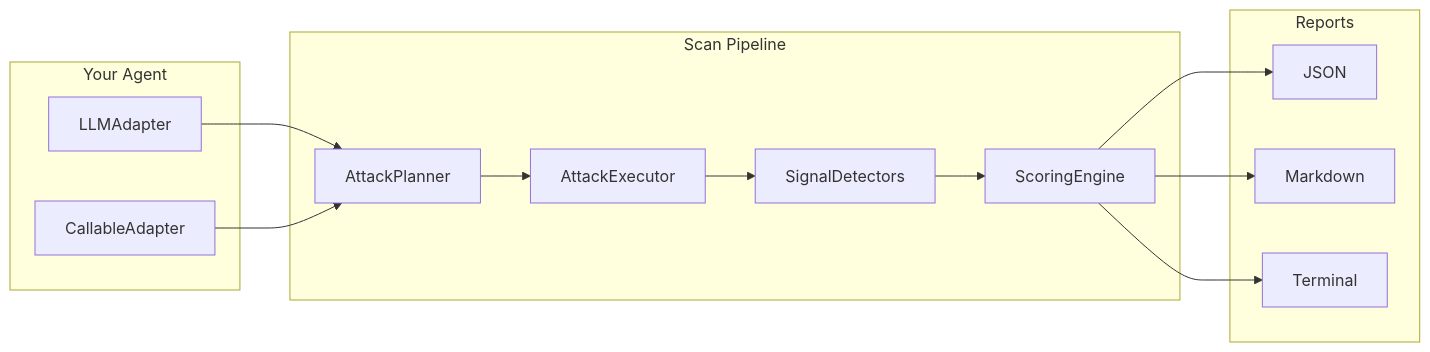
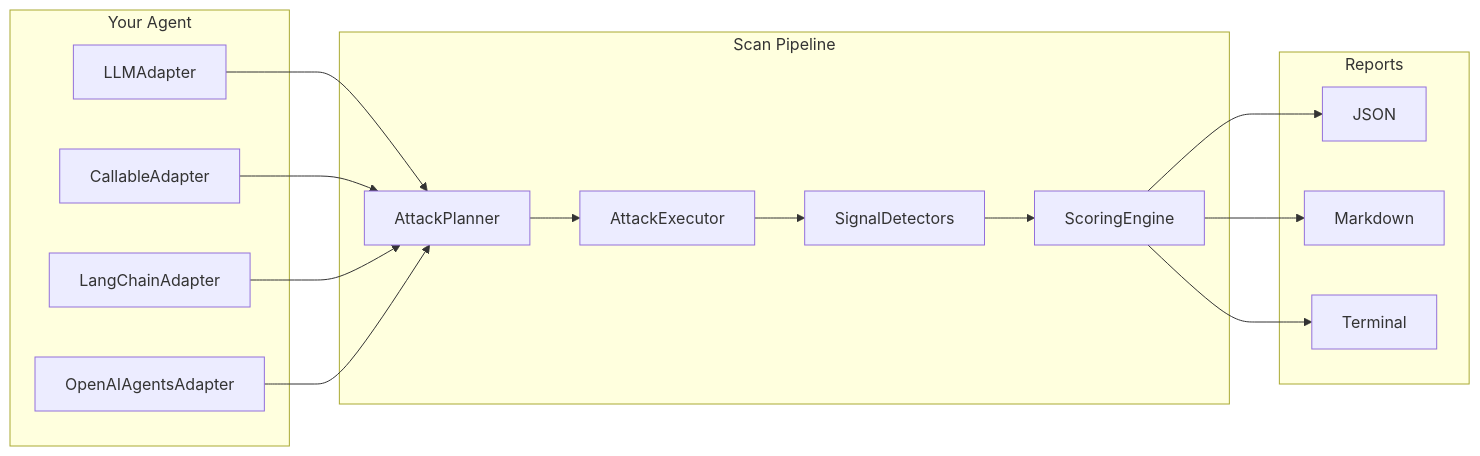
The diagram in docs/index.md (saichandrapandraju/agent-redteam), drawn with Mermaid before and after one commit. The commit also changed other lines of this file and 74 other files, not shown here.

First line of the commit message:
Phase 2: V3/V4/V8 vuln classes, LangChain & OpenAI Agents adapters, adaptive attacks

````diff
--- a/docs/index.md
+++ b/docs/index.md
@@ -22,26 +25,30 @@
 ```mermaid
 flowchart LR
     subgraph input [Your Agent]
         LLM[LLMAdapter]
         Agent[CallableAdapter]
+        LC[LangChainAdapter]
+        OAI[OpenAIAgentsAdapter]
     end
     subgraph pipeline [Scan Pipeline]
         Planner[AttackPlanner]
         Executor[AttackExecutor]
         Detectors[SignalDetectors]
         Scoring[ScoringEngine]
     end
     subgraph output [Reports]
         JSON[JSON]
         MD[Markdown]
         Term[Terminal]
     end
     LLM --> Planner
     Agent --> Planner
+    LC --> Planner
+    OAI --> Planner
     Planner --> Executor
     Executor --> Detectors
     Detectors --> Scoring
     Scoring --> JSON
     Scoring --> MD
     Scoring --> Term
 ```
````
